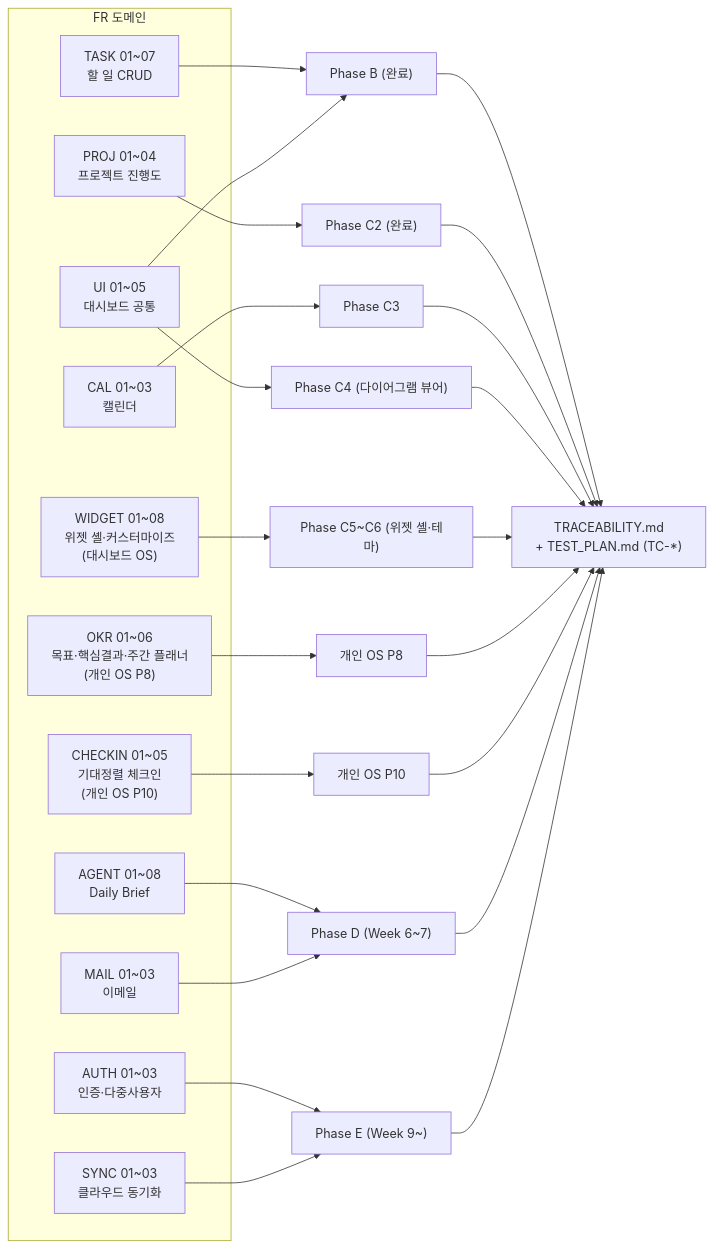
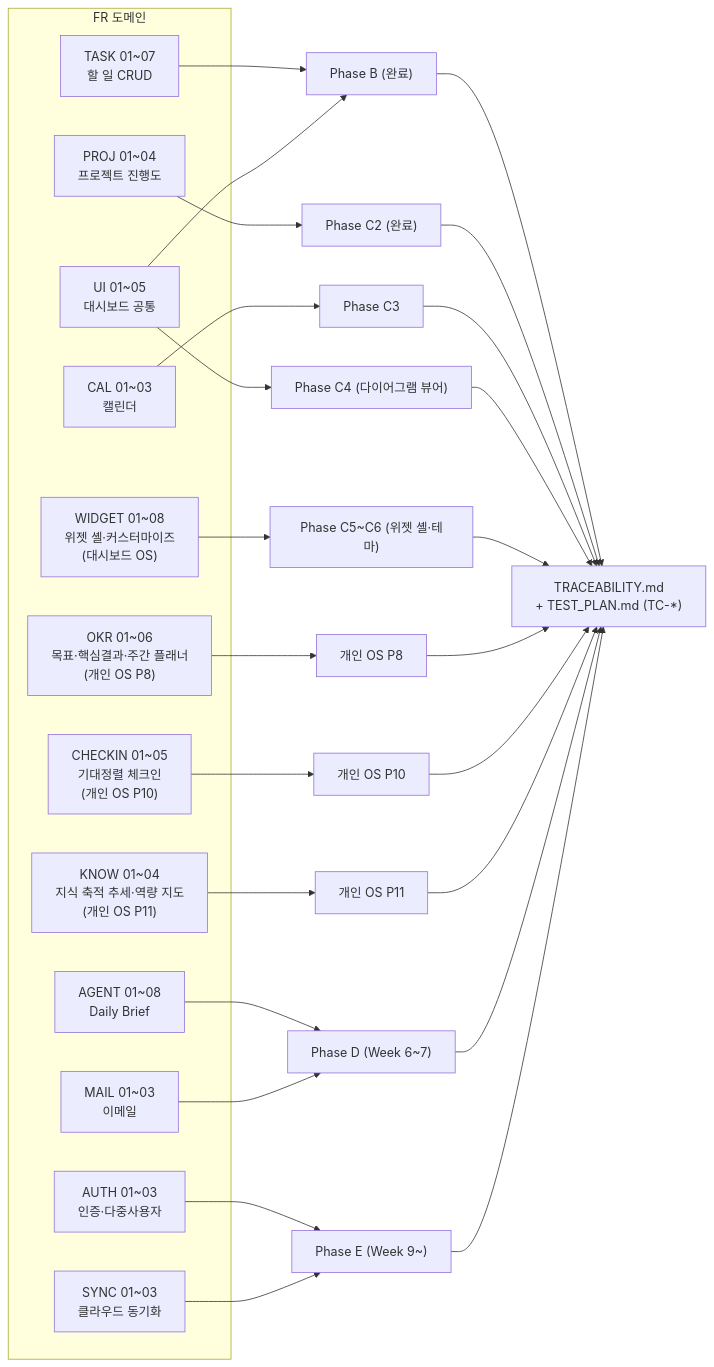
The diagram in docs/product/requirements/REQUIREMENTS_FUNCTIONAL.md (gamercross/my-setup-proj), drawn with Mermaid before and after one commit. The commit also changed other lines of this file and 33 other files, not shown here.

````diff
--- a/docs/product/requirements/REQUIREMENTS_FUNCTIONAL.md
+++ b/docs/product/requirements/REQUIREMENTS_FUNCTIONAL.md
@@ -8,26 +8,28 @@
 ```mermaid
 flowchart LR
   subgraph DOM["FR 도메인"]
     TASK["TASK 01~07<br/>할 일 CRUD"]
     PROJ["PROJ 01~04<br/>프로젝트 진행도"]
     CAL["CAL 01~03<br/>캘린더"]
     MAIL["MAIL 01~03<br/>이메일"]
     AGENT["AGENT 01~08<br/>Daily Brief"]
     AUTH["AUTH 01~03<br/>인증·다중사용자"]
     SYNC["SYNC 01~03<br/>클라우드 동기화"]
     UI["UI 01~05<br/>대시보드 공통"]
     WIDGET["WIDGET 01~08<br/>위젯 셸·커스터마이즈<br/>(대시보드 OS)"]
     OKR["OKR 01~06<br/>목표·핵심결과·주간 플래너<br/>(개인 OS P8)"]
     CHECKIN["CHECKIN 01~05<br/>기대정렬 체크인<br/>(개인 OS P10)"]
+    KNOW["KNOW 01~04<br/>지식 축적 추세·역량 지도<br/>(개인 OS P11)"]
   end
   TASK & UI --> B["Phase B (완료)"]
   PROJ --> C2["Phase C2 (완료)"]
   CAL --> C3["Phase C3"]
   UI --> C4["Phase C4 (다이어그램 뷰어)"]
   WIDGET --> C5["Phase C5~C6 (위젯 셸·테마)"]
   OKR --> P8["개인 OS P8"]
   CHECKIN --> P10["개인 OS P10"]
+  KNOW --> P11["개인 OS P11"]
   AGENT & MAIL --> D["Phase D (Week 6~7)"]
   AUTH & SYNC --> E["Phase E (Week 9~)"]
-  B & C2 & C3 & C4 & C5 & P8 & P10 & D & E --> TR["TRACEABILITY.md<br/>+ TEST_PLAN.md (TC-*)"]
+  B & C2 & C3 & C4 & C5 & P8 & P10 & P11 & D & E --> TR["TRACEABILITY.md<br/>+ TEST_PLAN.md (TC-*)"]
 ```
````
